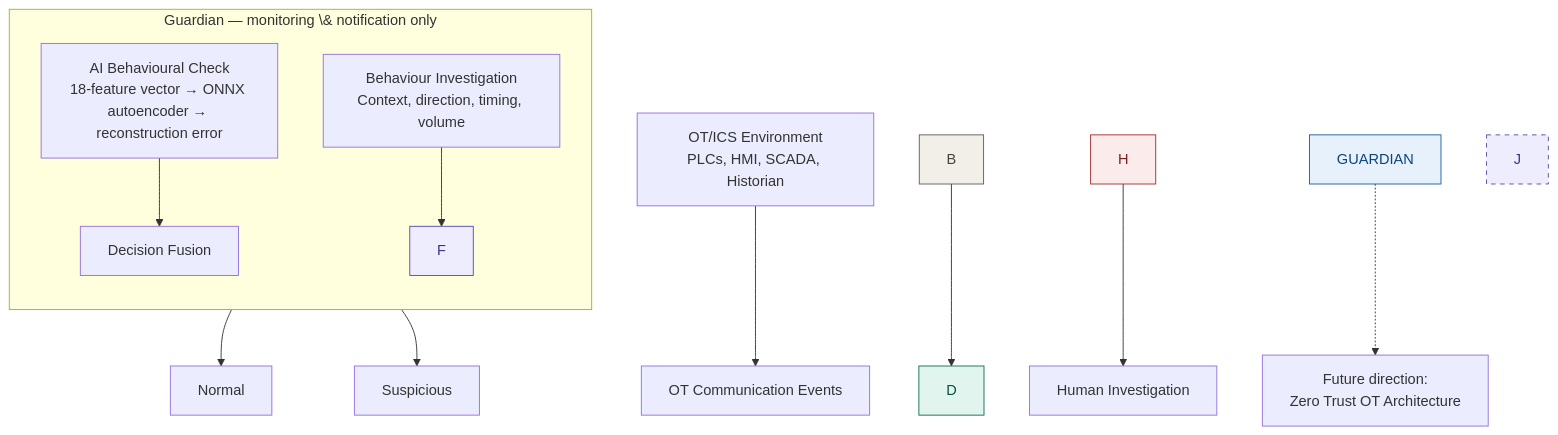
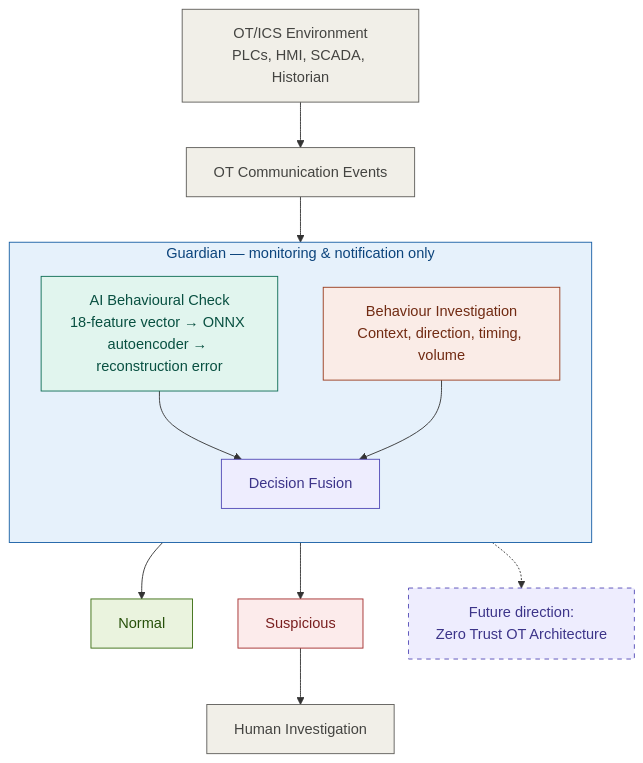
Before and after one commit to Queenrahinee-debug/Local-AI-Guardian: the second of 6 diagrams in README.md, drawn with Mermaid. The commit also changed other lines of this file and 11 other files, not shown here.

````diff
--- a/README.md
+++ b/README.md
@@ -92,32 +90,32 @@
 ```mermaid
 flowchart TD
-    A\["OT/ICS Environment<br/>PLCs, HMI, SCADA, Historian"] --> B\["OT Communication Events"]
+    A["OT/ICS Environment<br/>PLCs, HMI, SCADA, Historian"] --> B["OT Communication Events"]
     B --> D
 
-    subgraph GUARDIAN\["Guardian — monitoring \&amp; notification only"]
+    subgraph GUARDIAN["Guardian — monitoring &amp; notification only"]
         direction TB
-        D\["AI Behavioural Check<br/>18-feature vector → ONNX autoencoder → reconstruction error"] --> F\["Decision Fusion"]
-        E\["Behaviour Investigation<br/>Context, direction, timing, volume"] --> F
+        D["AI Behavioural Check<br/>18-feature vector → ONNX autoencoder → reconstruction error"] --> F["Decision Fusion"]
+        E["Behaviour Investigation<br/>Context, direction, timing, volume"] --> F
     end
 
-    F --> G\["Normal"]
-    F --> H\["Suspicious"]
-    H --> I\["Human Investigation"]
-    GUARDIAN -.-> J\["Future direction:<br/>Zero Trust OT Architecture"]
+    F --> G["Normal"]
+    F --> H["Suspicious"]
+    H --> I["Human Investigation"]
+    GUARDIAN -.-> J["Future direction:<br/>Zero Trust OT Architecture"]
 
     classDef gray fill:#F1EFE8,stroke:#5F5E5A,color:#444441
     classDef teal fill:#E1F5EE,stroke:#0F6E56,color:#085041
     classDef coral fill:#FAECE7,stroke:#993C1D,color:#712B13
     classDef purple fill:#EEEDFE,stroke:#534AB7,color:#3C3489
     classDef green fill:#EAF3DE,stroke:#3B6D11,color:#27500A
     classDef red fill:#FCEBEB,stroke:#A32D2D,color:#791F1F
 
     class A,B,I gray
     class D teal
     class E coral
     class F purple
     class G green
     class H red
     style GUARDIAN fill:#E6F1FB,stroke:#185FA5,color:#0C447C
     style J fill:#EEEDFE,stroke:#534AB7,color:#3C3489,stroke-dasharray: 5 5
 ```
````
